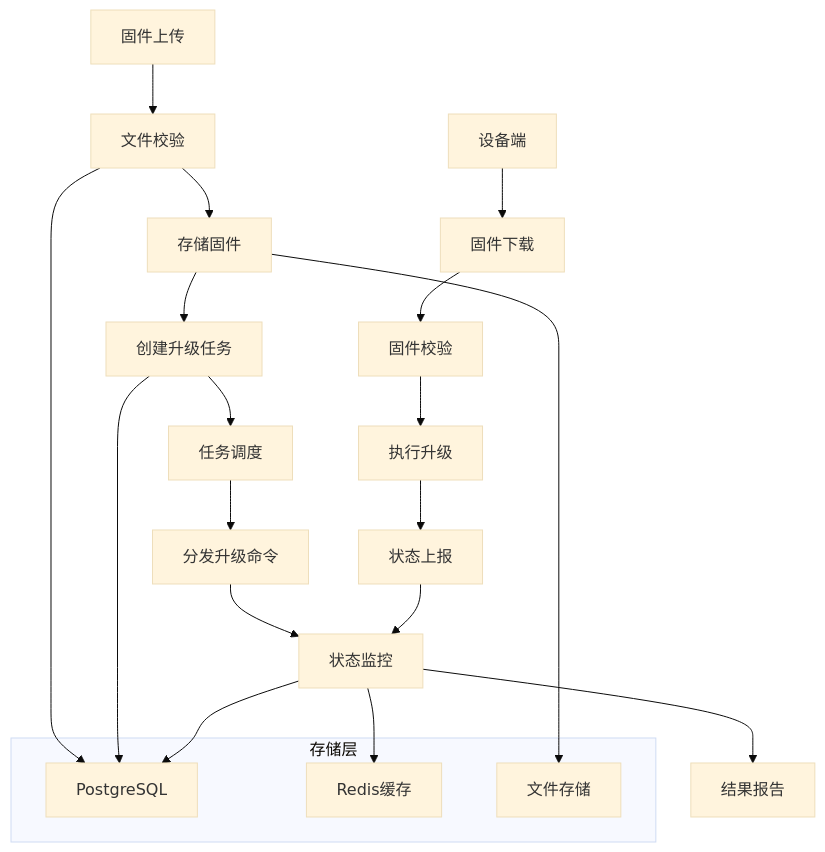
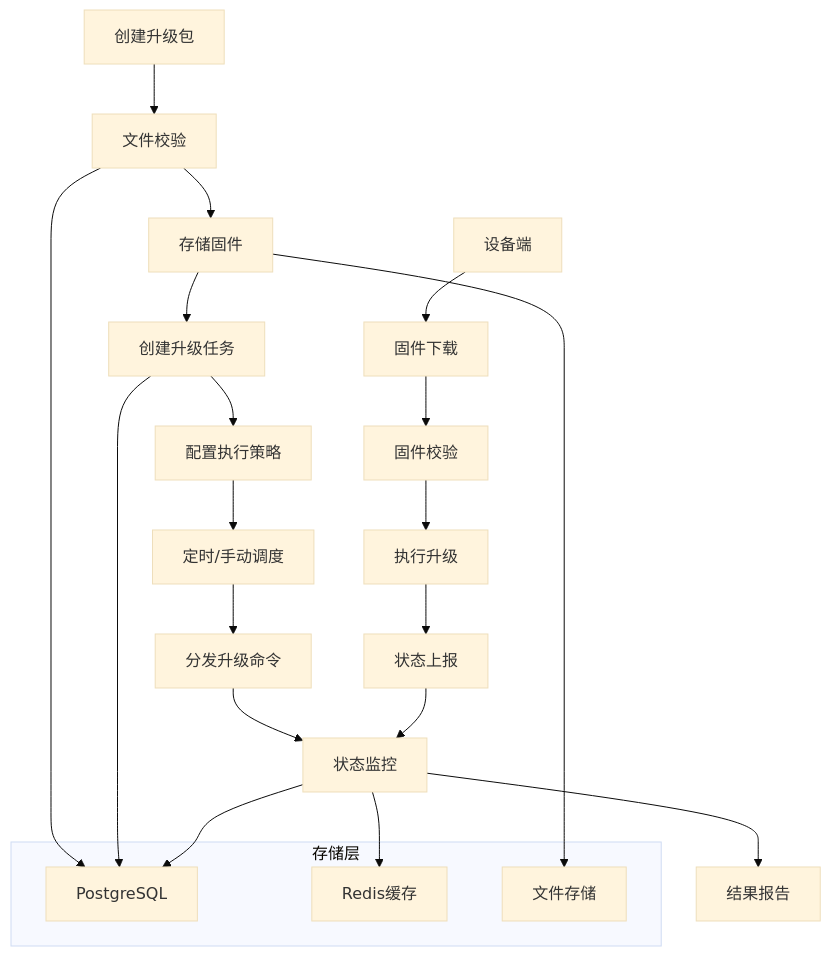
The sixth of 11 diagrams in .qoder/repowiki/zh/content/OTA升级系统/OTA升级系统.md (mcmrzy/cs_inv_monitor-develop), drawn with Mermaid (base theme) before and after one commit. The commit also changed other lines of this file and 128 other files, not shown here.

````diff
--- a/.qoder/repowiki/zh/content/OTA升级系统/OTA升级系统.md
+++ b/.qoder/repowiki/zh/content/OTA升级系统/OTA升级系统.md
@@ -241,25 +286,26 @@
 ```mermaid
 flowchart TD
-Upload[固件上传] --> Validate[文件校验]
+CreatePackage[创建升级包] --> Validate[文件校验]
 Validate --> Store[存储固件]
 Store --> CreateTask[创建升级任务]
-CreateTask --> Schedule[任务调度]
+CreateTask --> Configure[配置执行策略]
+Configure --> Schedule[定时/手动调度]
 Schedule --> Distribute[分发升级命令]
 Distribute --> Monitor[状态监控]
 Monitor --> Report[结果报告]
 Device[设备端] --> Download[固件下载]
 Download --> Verify[固件校验]
 Verify --> Upgrade[执行升级]
 Upgrade --> Status[状态上报]
 Status --> Monitor
 subgraph "存储层"
 Postgres[PostgreSQL]
 Redis[Redis缓存]
 FileStorage[文件存储]
 end
 Validate --> Postgres
 CreateTask --> Postgres
 Monitor --> Postgres
 Store --> FileStorage
 Monitor --> Redis
 ```
````
